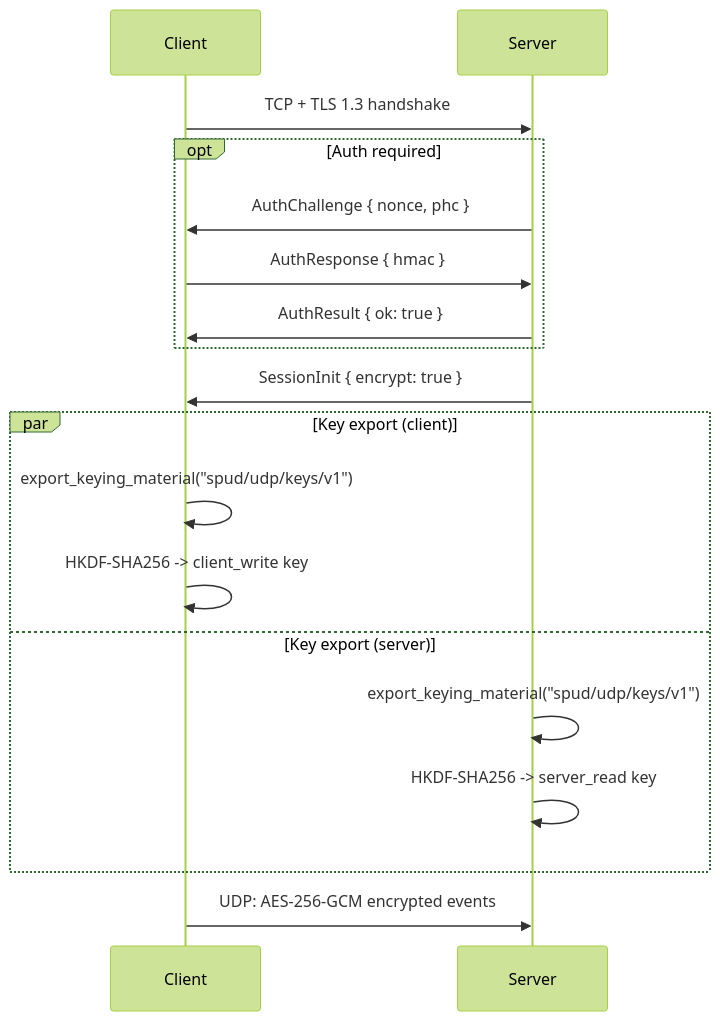
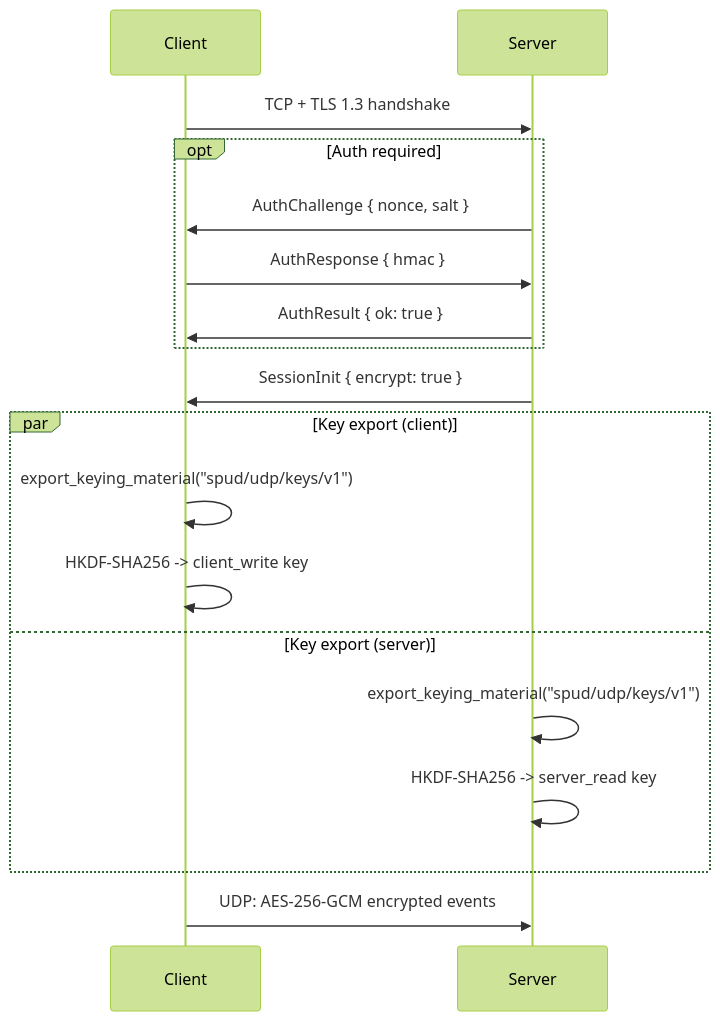
The first of 3 diagrams in docs/encryption.md (xfoa/spud), drawn with Mermaid (forest theme) before and after one commit. The commit also changed 6 other files, not shown here.

````diff
--- a/docs/encryption.md
+++ b/docs/encryption.md
@@ -27,20 +27,20 @@
 ```mermaid
 sequenceDiagram
     participant C as Client
     participant S as Server
     C->>S: TCP + TLS 1.3 handshake
     opt Auth required
-        S->>C: AuthChallenge { nonce, phc }
+        S->>C: AuthChallenge { nonce, salt }
         C->>S: AuthResponse { hmac }
         S->>C: AuthResult { ok: true }
     end
     S->>C: SessionInit { encrypt: true }
     par Key export (client)
         C->>C: export_keying_material("spud/udp/keys/v1")
         C->>C: HKDF-SHA256 -> client_write key
     and Key export (server)
         S->>S: export_keying_material("spud/udp/keys/v1")
         S->>S: HKDF-SHA256 -> server_read key
     end
     C->>S: UDP: AES-256-GCM encrypted events
 ```
````
